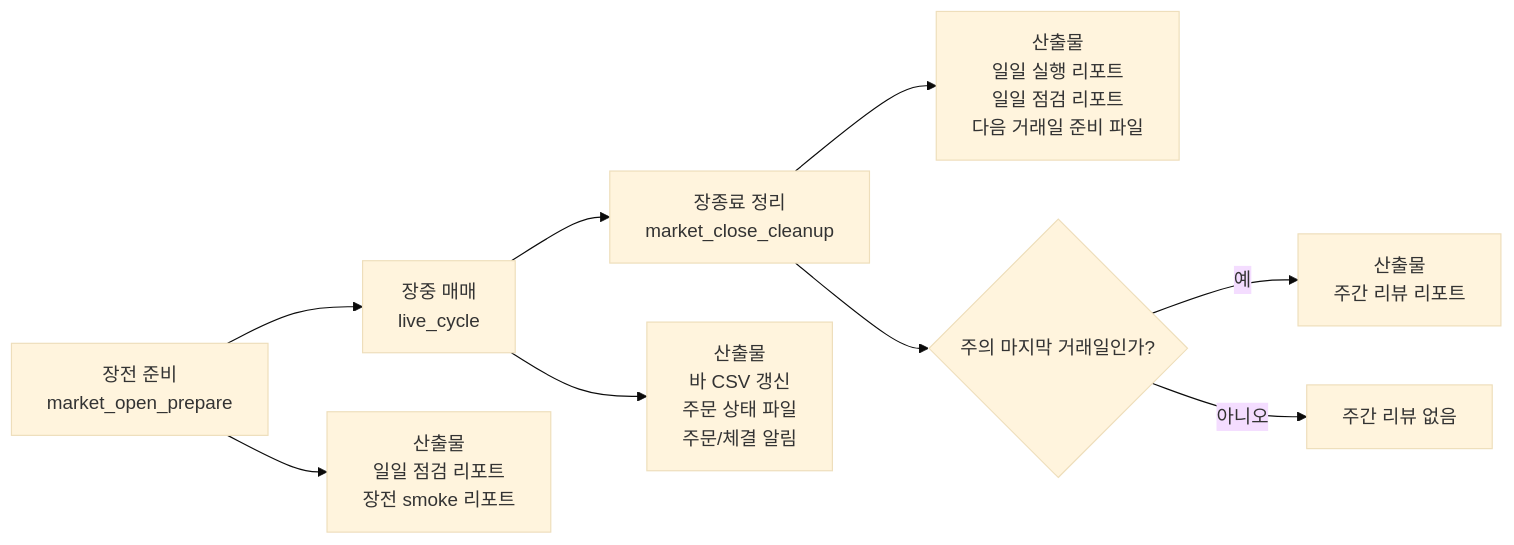
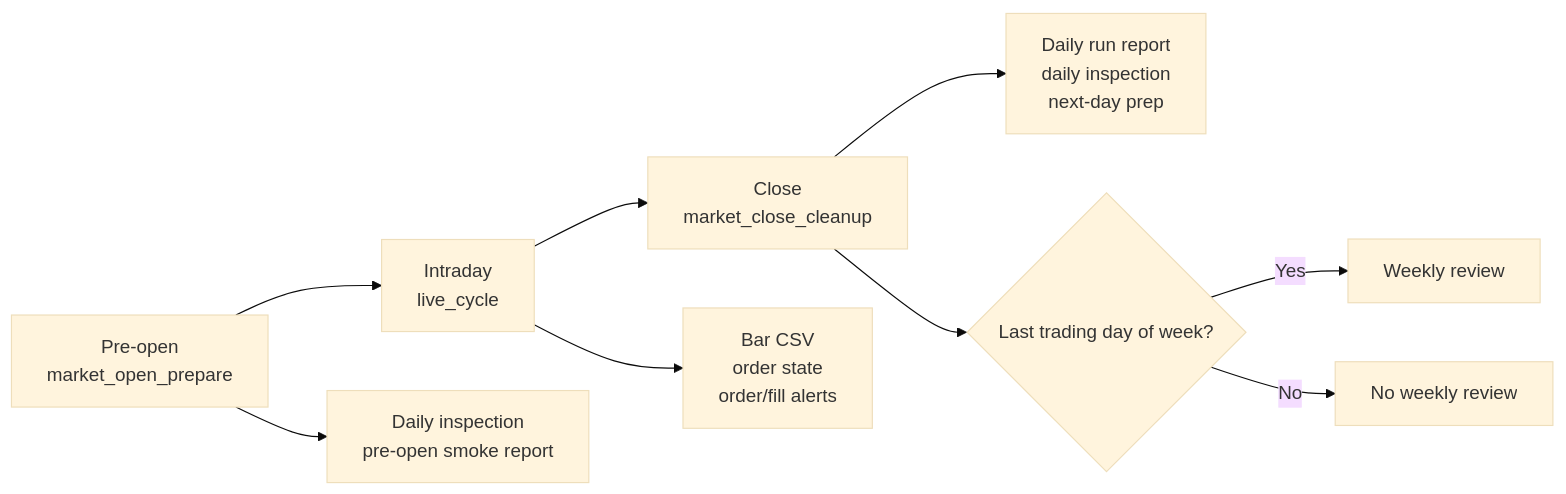
One commit to MQ813/AutoTrade changed the third of 7 diagrams in docs/cli_run_continuous_flow.md. Above: the diagram before and after it, drawn with Mermaid (base theme). The commit also changed other lines of this file and 17 other files, not shown here.

````diff
--- a/docs/cli_run_continuous_flow.md
+++ b/docs/cli_run_continuous_flow.md
@@ -53,12 +51,11 @@
 ```mermaid
 flowchart LR
-    A[장전 준비<br/>market_open_prepare] --> B[장중 매매<br/>live_cycle]
-    B --> C[장종료 정리<br/>market_close_cleanup]
-
-    A --> A1[산출물<br/>일일 점검 리포트<br/>장전 smoke 리포트]
-    B --> B1[산출물<br/>바 CSV 갱신<br/>주문 상태 파일<br/>주문/체결 알림]
-    C --> C1[산출물<br/>일일 실행 리포트<br/>일일 점검 리포트<br/>다음 거래일 준비 파일]
-    C --> C2{주의 마지막 거래일인가?}
-    C2 -->|예| C3[산출물<br/>주간 리뷰 리포트]
-    C2 -->|아니오| C4[주간 리뷰 없음]
+    A[Pre-open<br/>market_open_prepare] --> B[Intraday<br/>live_cycle]
+    B --> C[Close<br/>market_close_cleanup]
+    A --> A1[Daily inspection<br/>pre-open smoke report]
+    B --> B1[Bar CSV<br/>order state<br/>order/fill alerts]
+    C --> C1[Daily run report<br/>daily inspection<br/>next-day prep]
+    C --> C2{Last trading day of week?}
+    C2 -->|Yes| C3[Weekly review]
+    C2 -->|No| C4[No weekly review]
 ```
````
